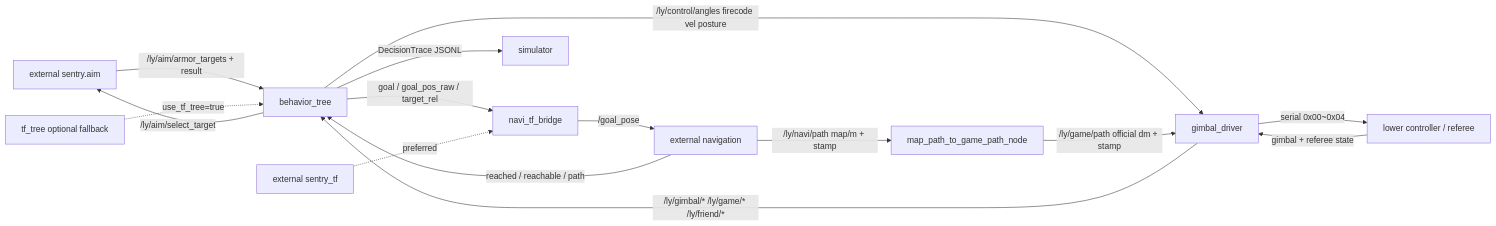
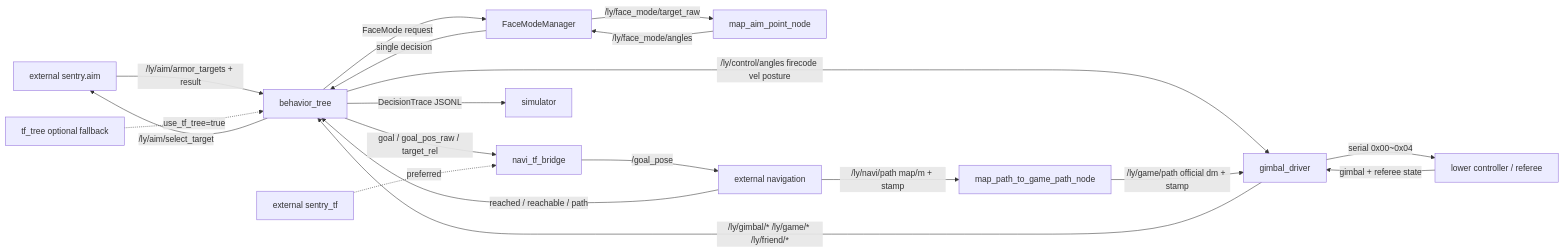
The diagram in .understand-anything/project-knowledge-graph.md (UnWanHin/ros2_ly_ws_sentary), drawn with Mermaid before and after one commit. The commit also changed other lines of this file and 18 other files, not shown here.

````diff
--- a/.understand-anything/project-knowledge-graph.md
+++ b/.understand-anything/project-knowledge-graph.md
@@ -18,19 +18,23 @@
 ```mermaid
 flowchart LR
   AIM[external sentry.aim] -->|/ly/aim/armor_targets + result| BT[behavior_tree]
   BT -->|/ly/aim/select_target| AIM
   BT -->|/ly/control/angles firecode vel posture| GD[gimbal_driver]
   GD -->|serial 0x00~0x04| LOWER[lower controller / referee]
   LOWER -->|gimbal + referee state| GD
   GD -->|/ly/gimbal/* /ly/game/* /ly/friend/*| BT
 
   BT -->|goal / goal_pos_raw / target_rel| BRIDGE[navi_tf_bridge]
+  BT -->|FaceMode request| FACE[FaceModeManager]
+  FACE -->|/ly/face_mode/target_raw| FACE_SOLVER[map_aim_point_node]
+  FACE_SOLVER -->|/ly/face_mode/angles| FACE
+  FACE -->|single decision| BT
   BRIDGE -->|/goal_pose| NAV[external navigation]
   NAV -->|reached / reachable / path| BT
   NAV -->|/ly/navi/path map/m + stamp| PATH[map_path_to_game_path_node]
   PATH -->|/ly/game/path official dm + stamp| GD
 
   TF[external sentry_tf] -.preferred.-> BRIDGE
   TFTREE[tf_tree optional fallback] -.use_tf_tree=true.-> BT
   BT -->|DecisionTrace JSONL| SIM[simulator]
 ```
````
